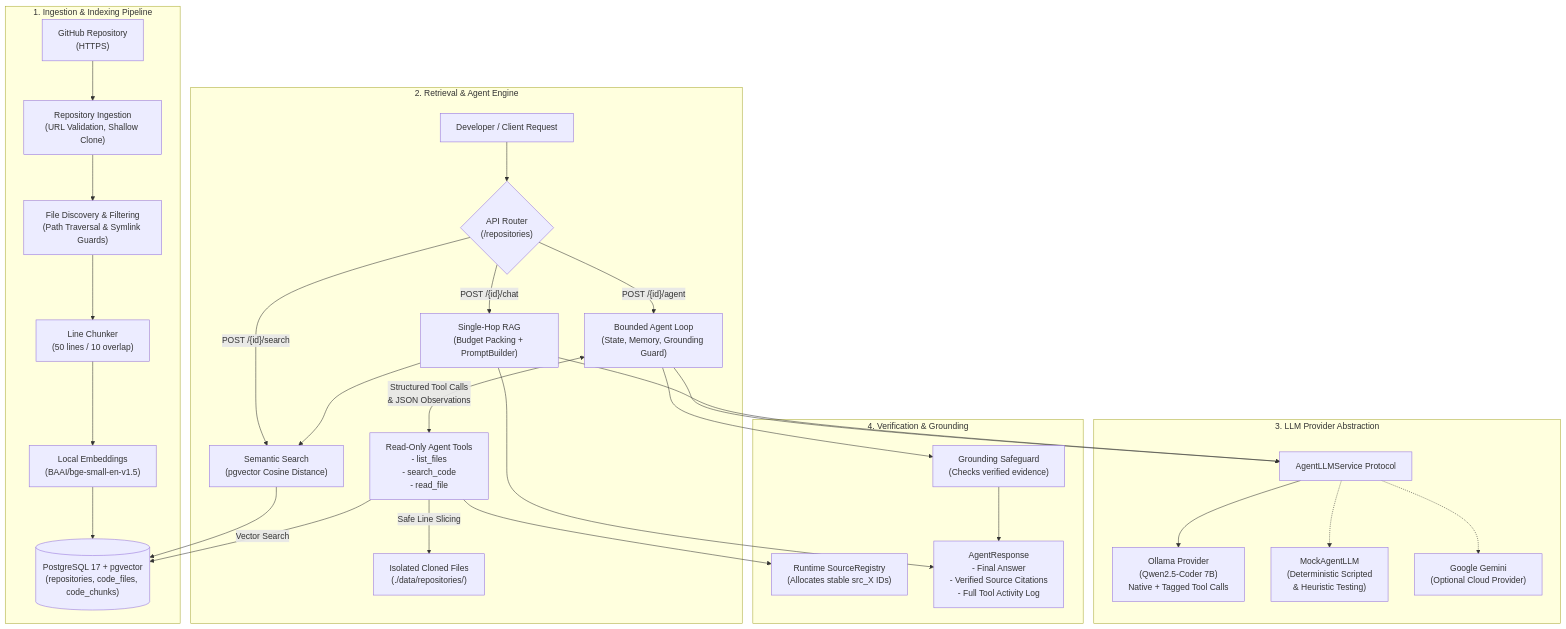
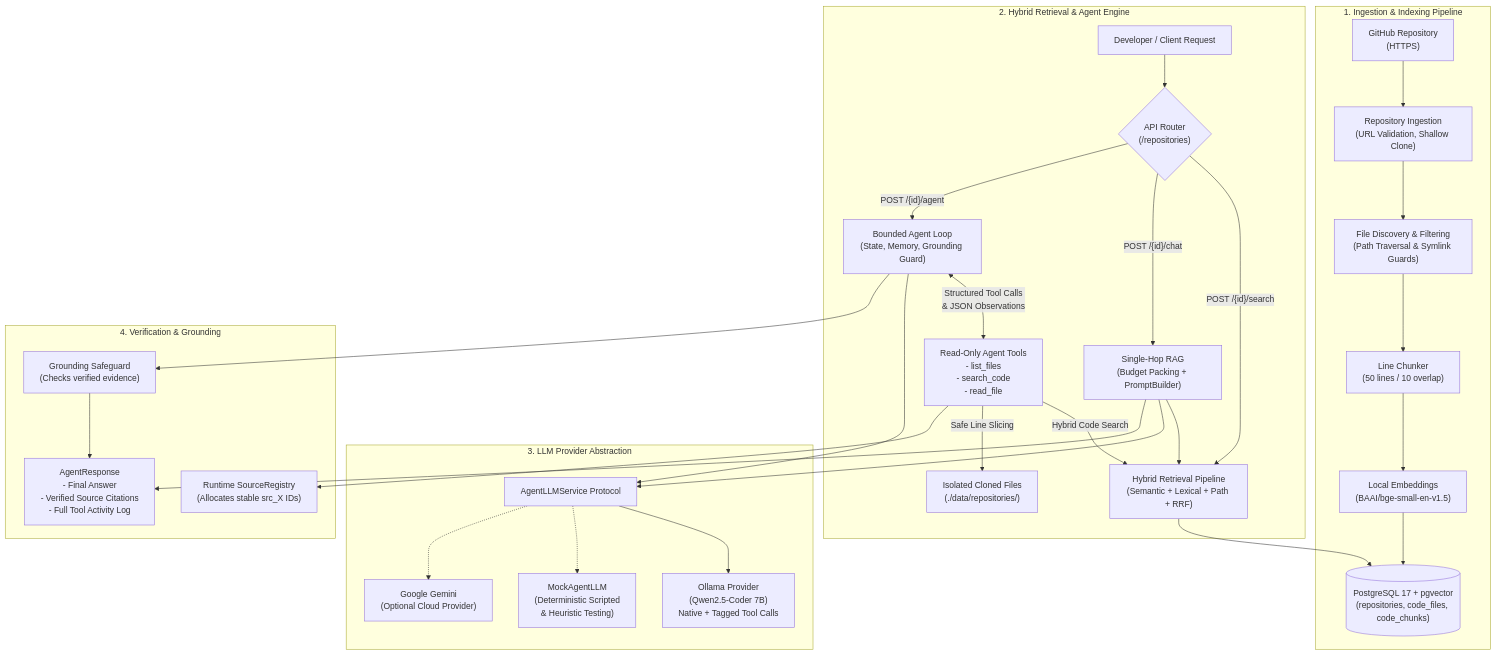
Before and after one commit to MasoomehMokhtari78/forge-ai: the diagram in README.md, drawn with Mermaid. The commit also changed other lines of this file and 12 other files, not shown here.

First line of the commit message:
feat(retrieval): upgrade repository search to hybrid retrieval with RRF and code-aware reranking

````diff
--- a/README.md
+++ b/README.md
@@ -72,40 +80,40 @@
 ```mermaid
 flowchart TD
     subgraph Ingestion_Indexing ["1. Ingestion & Indexing Pipeline"]
         Repo["GitHub Repository\n(HTTPS)"] --> Ingest["Repository Ingestion\n(URL Validation, Shallow Clone)"]
         Ingest --> Discovery["File Discovery & Filtering\n(Path Traversal & Symlink Guards)"]
         Discovery --> Chunker["Line Chunker\n(50 lines / 10 overlap)"]
         Chunker --> LocalEmbed["Local Embeddings\n(BAAI/bge-small-en-v1.5)"]
         LocalEmbed --> PGVector[("PostgreSQL 17 + pgvector\n(repositories, code_files, code_chunks)")]
     end
 
-    subgraph Reasoning_Engine ["2. Retrieval & Agent Engine"]
+    subgraph Reasoning_Engine ["2. Hybrid Retrieval & Agent Engine"]
         Client["Developer / Client Request"] --> Router{"API Router\n(/repositories)"}
-        Router -->|"POST /{id}/search"| Search["Semantic Search\n(pgvector Cosine Distance)"]
+        Router -->|"POST /{id}/search"| Search["Hybrid Retrieval Pipeline\n(Semantic + Lexical + Path + RRF)"]
         Router -->|"POST /{id}/chat"| RAG["Single-Hop RAG\n(Budget Packing + PromptBuilder)"]
         Router -->|"POST /{id}/agent"| Agent["Bounded Agent Loop\n(State, Memory, Grounding Guard)"]
         
         Search --> PGVector
         RAG --> Search
 
         Agent <-->|"Structured Tool Calls\n& JSON Observations"| AgentTools["Read-Only Agent Tools\n- list_files\n- search_code\n- read_file"]
-        AgentTools -->|"Vector Search"| PGVector
+        AgentTools -->|"Hybrid Code Search"| Search
         AgentTools -->|"Safe Line Slicing"| LocalDisk["Isolated Cloned Files\n(./data/repositories/<uuid>)"]
     end
 
     subgraph Inference_Layer ["3. LLM Provider Abstraction"]
         Agent --> LLMAbstraction["AgentLLMService Protocol"]
         RAG --> LLMAbstraction
         
         LLMAbstraction --> Ollama["Ollama Provider\n(Qwen2.5-Coder 7B)\nNative + Tagged Tool Calls"]
         LLMAbstraction -.-> Mock["MockAgentLLM\n(Deterministic Scripted\n& Heuristic Testing)"]
         LLMAbstraction -.-> Gemini["Google Gemini\n(Optional Cloud Provider)"]
     end
 
     subgraph Verification_Output ["4. Verification & Grounding"]
         AgentTools --> SourceRegistry["Runtime SourceRegistry\n(Allocates stable src_X IDs)"]
         Agent --> GroundingGuard["Grounding Safeguard\n(Checks verified evidence)"]
         GroundingGuard --> Response["AgentResponse\n- Final Answer\n- Verified Source Citations\n- Full Tool Activity Log"]
         RAG --> Response
     end
 ```
````
